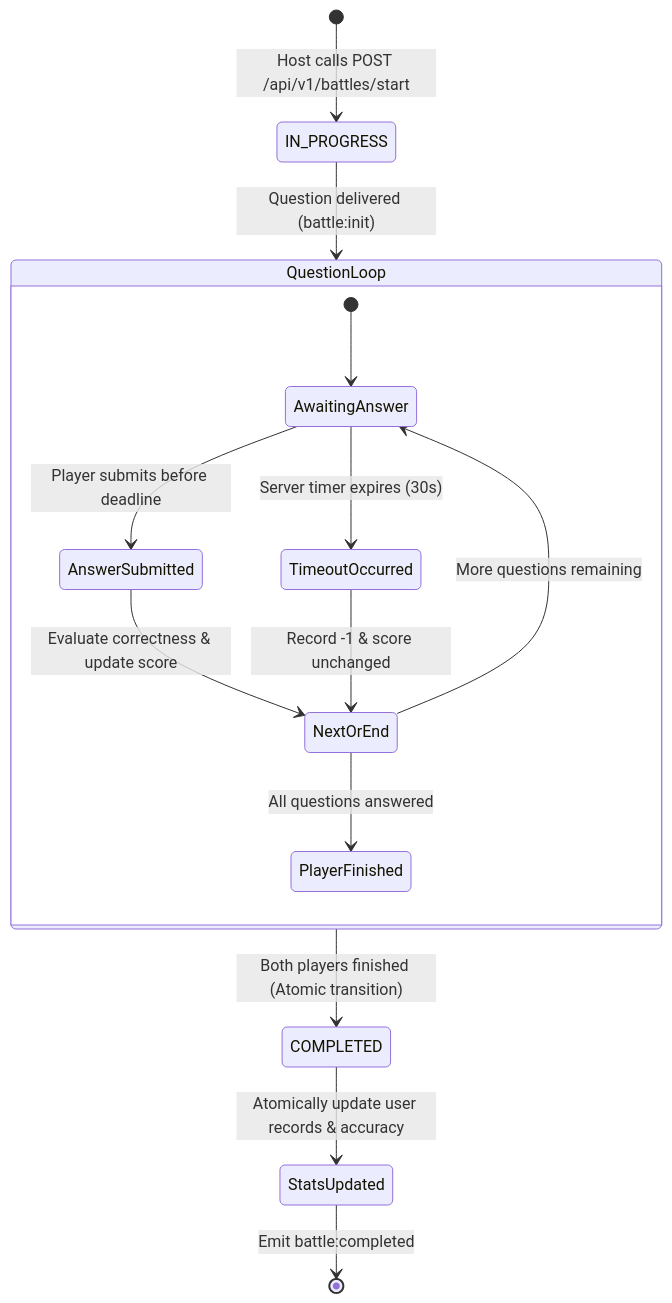
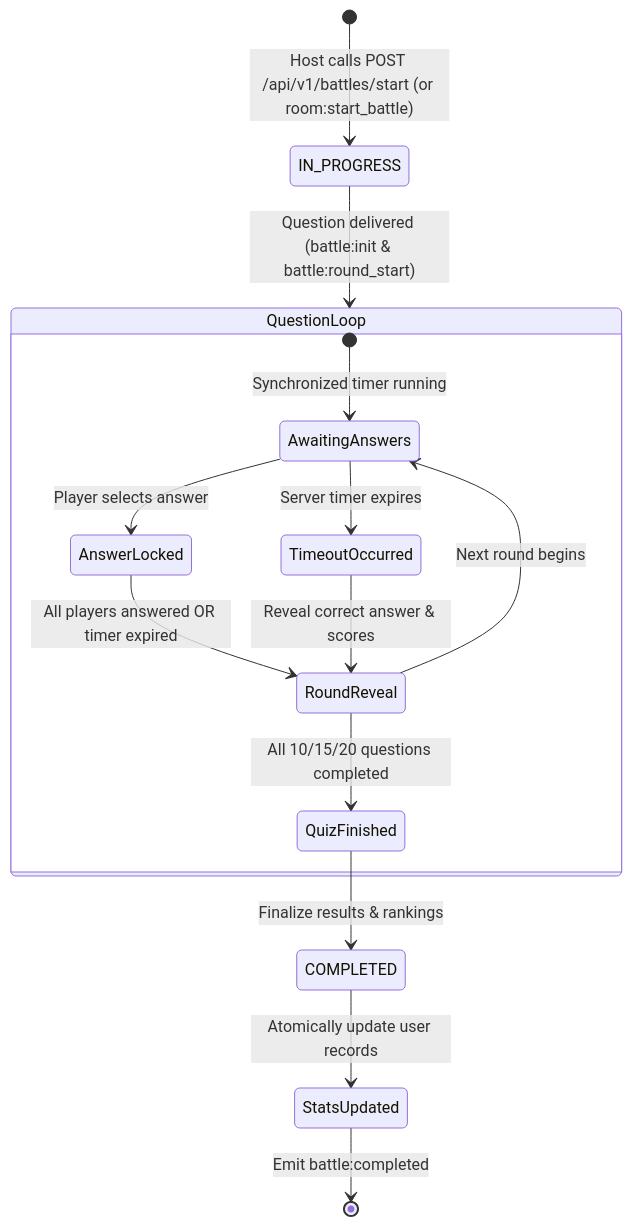
One commit to harshverma-25/CodeArena changed the diagram in docs/08-battle-engine.md. Above: the diagram before and after it, drawn with Mermaid. The commit also changed other lines of this file and 19 other files, not shown here.

````diff
--- a/docs/08-battle-engine.md
+++ b/docs/08-battle-engine.md
@@ -14,19 +16,19 @@
 ```mermaid
 stateDiagram-v2
-    [*] --> IN_PROGRESS: Host calls POST /api/v1/battles/start
-    IN_PROGRESS --> QuestionLoop: Question delivered (battle:init)
+    [*] --> IN_PROGRESS: Host calls POST /api/v1/battles/start (or room:start_battle)
+    IN_PROGRESS --> QuestionLoop: Question delivered (battle:init & battle:round_start)
     
     state QuestionLoop {
-        [*] --> AwaitingAnswer
-        AwaitingAnswer --> AnswerSubmitted: Player submits before deadline
-        AwaitingAnswer --> TimeoutOccurred: Server timer expires (30s)
-        AnswerSubmitted --> NextOrEnd: Evaluate correctness & update score
-        TimeoutOccurred --> NextOrEnd: Record -1 & score unchanged
-        NextOrEnd --> AwaitingAnswer: More questions remaining
-        NextOrEnd --> PlayerFinished: All questions answered
+        [*] --> AwaitingAnswers: Synchronized timer running
+        AwaitingAnswers --> AnswerLocked: Player selects answer
+        AwaitingAnswers --> TimeoutOccurred: Server timer expires
+        AnswerLocked --> RoundReveal: All players answered OR timer expired
+        TimeoutOccurred --> RoundReveal: Reveal correct answer & scores
+        RoundReveal --> AwaitingAnswers: Next round begins
+        RoundReveal --> QuizFinished: All 10/15/20 questions completed
     }
 
-    QuestionLoop --> COMPLETED: Both players finished (Atomic transition)
-    COMPLETED --> StatsUpdated: Atomically update user records & accuracy
+    QuizFinished --> COMPLETED: Finalize results & rankings
+    COMPLETED --> StatsUpdated: Atomically update user records
     StatsUpdated --> [*]: Emit battle:completed
 ```
````
